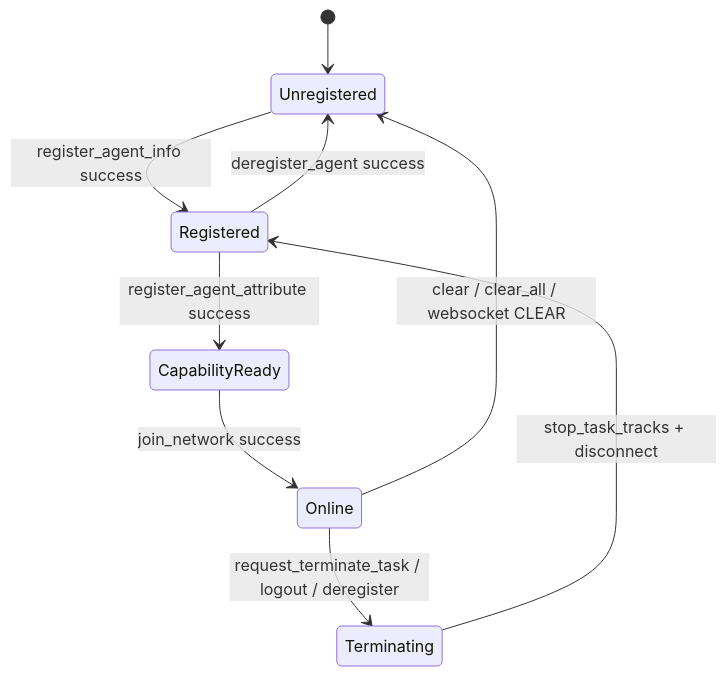
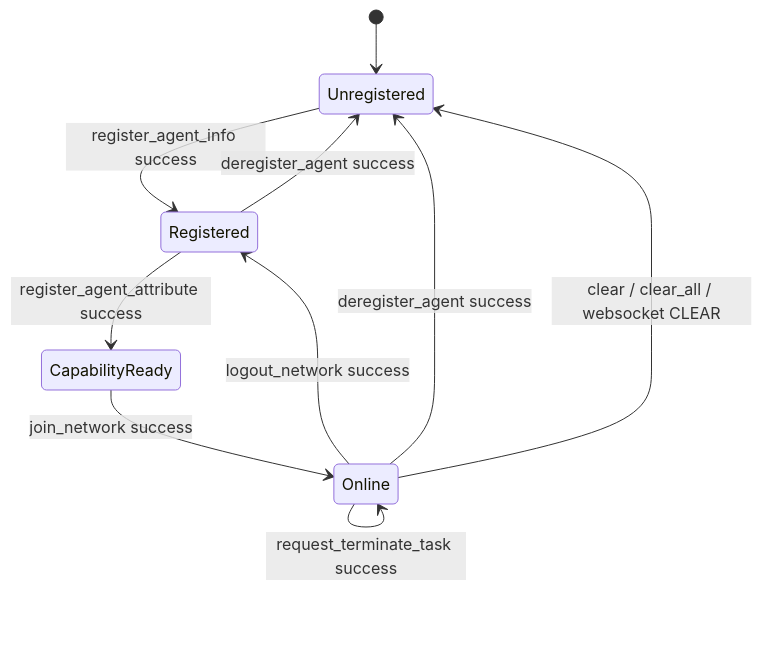
One commit to acore2026/acn_sdk changed the eighth of 10 diagrams in docs/ACN_SDK_软件模块设计书.md. Above: the diagram before and after it, drawn with Mermaid. The commit also changed other lines of this file and 2 other files, not shown here.

````diff
--- a/docs/ACN_SDK_软件模块设计书.md
+++ b/docs/ACN_SDK_软件模块设计书.md
@@ -721,11 +763,12 @@
 ```mermaid
 stateDiagram-v2
     [*] --> Unregistered
     Unregistered --> Registered: register_agent_info success
     Registered --> CapabilityReady: register_agent_attribute success
     CapabilityReady --> Online: join_network success
-    Online --> Terminating: request_terminate_task / logout / deregister
-    Terminating --> Registered: stop_task_tracks + disconnect
+    Online --> Online: request_terminate_task success
+    Online --> Registered: logout_network success
     Registered --> Unregistered: deregister_agent success
+    Online --> Unregistered: deregister_agent success
     Online --> Unregistered: clear / clear_all / websocket CLEAR
 ```
````
